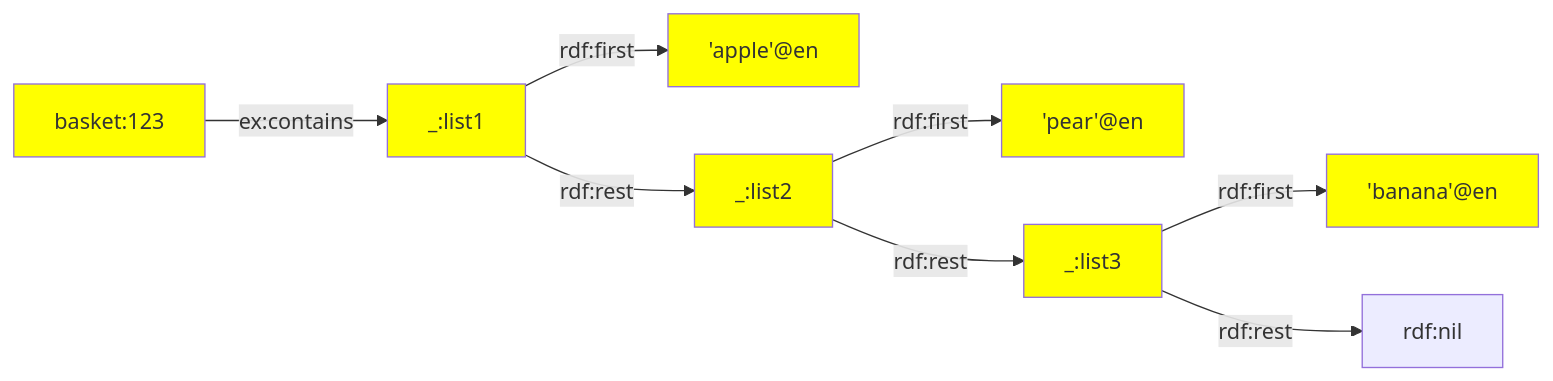
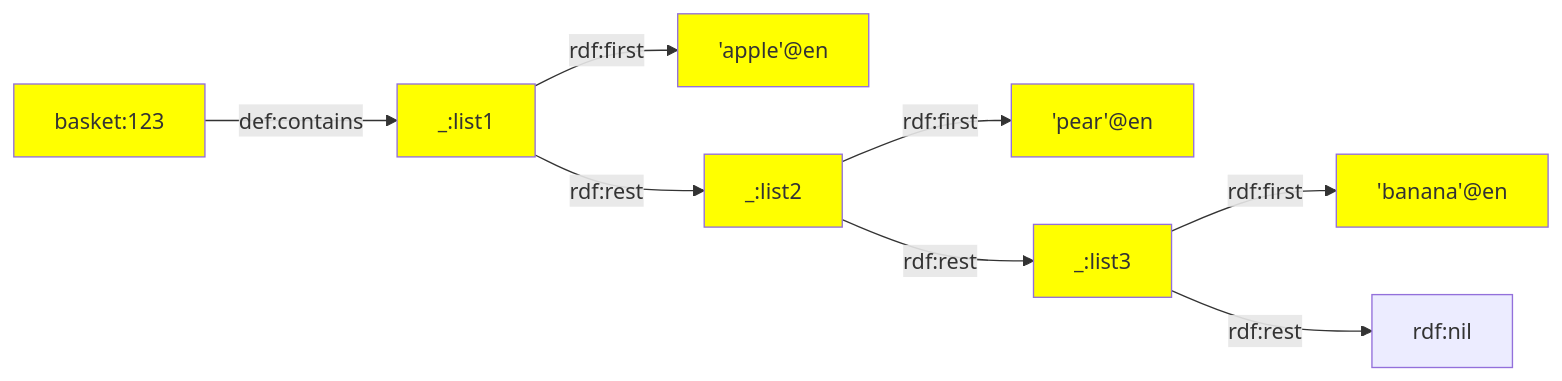
One commit to TriplyDB/Documentation changed the second of 5 diagrams in docs/triply-etl/assert/ratt/terms.md. Above: the diagram before and after it, drawn with Mermaid. The commit also changed other lines of this file and 30 other files, not shown here.

````diff
--- a/docs/triply-etl/assert/ratt/terms.md
+++ b/docs/triply-etl/assert/ratt/terms.md
@@ -154,22 +286,22 @@
 ```mermaid
 graph LR
-basket -- ex:contains -->  list1
+basket -- def:contains -->  list1
 
 list1 -- rdf:first --> apple
 list1 -- rdf:rest -->  list2
 
 list2 -- rdf:first --> pear
 list2 --  rdf:rest --> list3
 
 list3 -- rdf:first --> banana
 list3 --  rdf:rest --> rdf:nil
 
 apple["'apple'@en"]:::data
 list1[_:list1]:::data
 list2[_:list2]:::data
 list3[_:list3]:::data
 banana["'banana'@en"]:::data
 basket[basket:123]:::data
 pear["'pear'@en"]:::data
 classDef data fill:yellow
 ```
````
